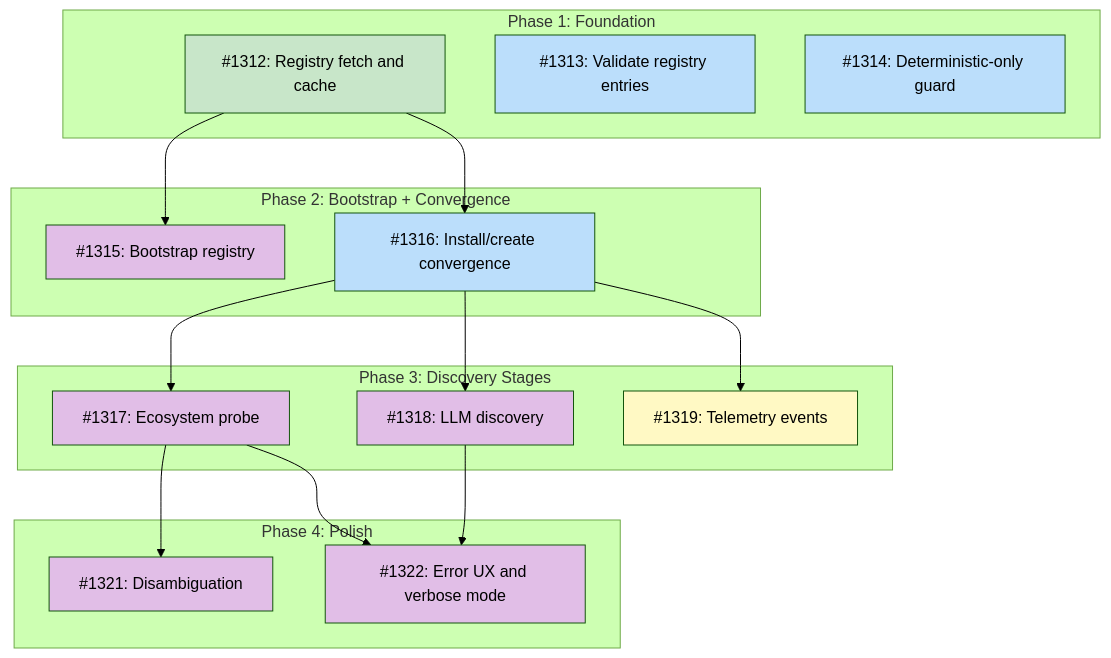
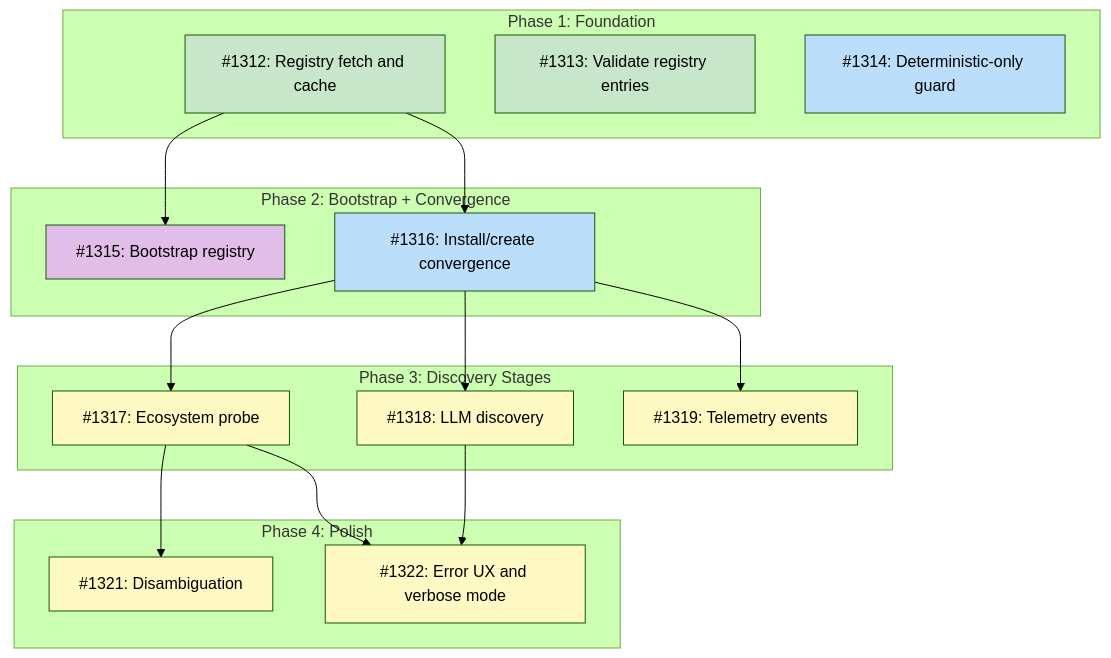
Before and after one commit to tsukumogami/tsuku: the diagram in docs/designs/DESIGN-discovery-resolver.md, drawn with Mermaid (forest theme). The commit also changed 3 other files, not shown here.

````diff
--- a/docs/designs/DESIGN-discovery-resolver.md
+++ b/docs/designs/DESIGN-discovery-resolver.md
@@ -58,44 +58,45 @@
 ```mermaid
 graph TD
     subgraph Phase1["Phase 1: Foundation"]
         I1312["#1312: Registry fetch and cache"]
         I1313["#1313: Validate registry entries"]
         I1314["#1314: Deterministic-only guard"]
     end
 
     subgraph Phase2["Phase 2: Bootstrap + Convergence"]
         I1315["#1315: Bootstrap registry"]
         I1316["#1316: Install/create convergence"]
     end
 
     subgraph Phase3["Phase 3: Discovery Stages"]
         I1317["#1317: Ecosystem probe"]
         I1318["#1318: LLM discovery"]
         I1319["#1319: Telemetry events"]
     end
 
     subgraph Phase4["Phase 4: Polish"]
         I1321["#1321: Disambiguation"]
         I1322["#1322: Error UX and verbose mode"]
     end
 
     I1312 --> I1315
     I1312 --> I1316
     I1316 --> I1317
     I1316 --> I1318
     I1316 --> I1319
     I1317 --> I1321
     I1317 --> I1322
     I1318 --> I1322
 
     classDef done fill:#c8e6c9
     classDef ready fill:#bbdefb
     classDef blocked fill:#fff9c4
     classDef needsDesign fill:#e1bee7
 
-    class I1312 done
-    class I1313,I1314 ready
+    class I1312,I1313 done
+    class I1314 ready
     class I1319 blocked
     class I1316 ready
-    class I1315,I1317,I1318,I1321,I1322 needsDesign
+    class I1315 needsDesign
+    class I1317,I1318,I1321,I1322 blocked
 ```
````
